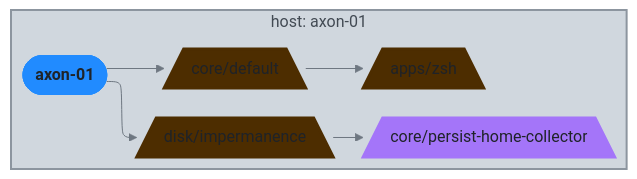
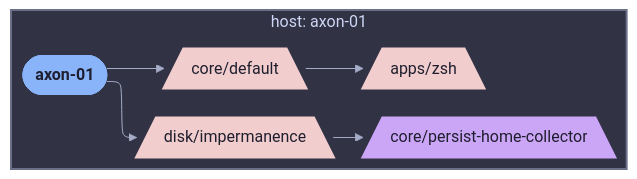
Before and after one commit to sini/nix-config: the diagram in diagrams/hosts/axon-01/class-homeManager.md, drawn with Mermaid. The commit also changed 142 other files, not shown here.

First line of the commit message:
feat(diagrams): use projectScope for per-host/user views

````diff
--- a/diagrams/hosts/axon-01/class-homeManager.md
+++ b/diagrams/hosts/axon-01/class-homeManager.md
@@ -5,28 +5,28 @@
 ```mermaid
-%%{init: {"elk":{"mergeEdges":true,"nodePlacementStrategy":"BRANDES_KOEPF"},"flowchart":{"wrappingWidth":600},"layout":"elk","theme":"base","themeVariables":{"activationBkgColor":"#d0d7de","activationBorderColor":"#8c959f","actorBkg":"#d0d7de","actorBorder":"#6e7781","actorLineColor":"#6e7781","actorTextColor":"#424a53","background":"#eaeef2","classText":"#424a53","clusterBkg":"#d0d7de","clusterBorder":"#8c959f","edgeLabelBackground":"#eaeef2","labelBoxBkgColor":"#d0d7de","labelBoxBorderColor":"#6e7781","labelTextColor":"#424a53","lineColor":"#6e7781","loopTextColor":"#424a53","mainBkg":"#d0d7de","nodeBkg":"#d0d7de","nodeBorder":"#6e7781","nodeTextColor":"#424a53","noteBkgColor":"#d0d7de","noteBorderColor":"#8c959f","noteTextColor":"#424a53","pie1":"#fa4549","pie2":"#e16f24","pie3":"#bf8700","pie4":"#2da44e","pie5":"#339D9B","pie6":"#218bff","pie7":"#a475f9","pie8":"#4d2d00","pieLegendTextColor":"#424a53","pieOuterStrokeColor":"#8c959f","pieSectionTextColor":"#424a53","pieStrokeColor":"#8c959f","pieTitleTextColor":"#424a53","primaryBorderColor":"#6e7781","primaryColor":"#d0d7de","primaryTextColor":"#424a53","secondBkg":"#d0d7de","secondaryBorderColor":"#8c959f","secondaryColor":"#d0d7de","secondaryTextColor":"#424a53","sequenceNumberColor":"#eaeef2","signalColor":"#6e7781","signalTextColor":"#424a53","tertiaryBorderColor":"#8c959f","tertiaryColor":"#d0d7de","tertiaryTextColor":"#424a53","textColor":"#424a53","titleColor":"#424a53"}}}%%
+%%{init: {"elk":{"mergeEdges":true,"nodePlacementStrategy":"BRANDES_KOEPF"},"flowchart":{"wrappingWidth":600},"layout":"elk","theme":"base","themeVariables":{"activationBkgColor":"#313244","activationBorderColor":"#6c7086","actorBkg":"#313244","actorBorder":"#a6adc8","actorLineColor":"#a6adc8","actorTextColor":"#cdd6f4","background":"#1e1e2e","classText":"#cdd6f4","clusterBkg":"#313244","clusterBorder":"#6c7086","edgeLabelBackground":"#1e1e2e","labelBoxBkgColor":"#313244","labelBoxBorderColor":"#a6adc8","labelTextColor":"#cdd6f4","lineColor":"#a6adc8","loopTextColor":"#cdd6f4","mainBkg":"#313244","nodeBkg":"#313244","nodeBorder":"#a6adc8","nodeTextColor":"#cdd6f4","noteBkgColor":"#313244","noteBorderColor":"#6c7086","noteTextColor":"#cdd6f4","pie1":"#f38ba8","pie2":"#fab387","pie3":"#f9e2af","pie4":"#a6e3a1","pie5":"#94e2d5","pie6":"#89b4fa","pie7":"#cba6f7","pie8":"#f2cdcd","pieLegendTextColor":"#cdd6f4","pieOuterStrokeColor":"#6c7086","pieSectionTextColor":"#cdd6f4","pieStrokeColor":"#6c7086","pieTitleTextColor":"#cdd6f4","primaryBorderColor":"#a6adc8","primaryColor":"#313244","primaryTextColor":"#cdd6f4","secondBkg":"#313244","secondaryBorderColor":"#6c7086","secondaryColor":"#313244","secondaryTextColor":"#cdd6f4","sequenceNumberColor":"#1e1e2e","signalColor":"#a6adc8","signalTextColor":"#cdd6f4","tertiaryBorderColor":"#6c7086","tertiaryColor":"#313244","tertiaryTextColor":"#cdd6f4","textColor":"#cdd6f4","titleColor":"#cdd6f4"}}}%%
 graph LR
   axon_01([axon-01]):::root
 
   subgraph ctx_host_axon_01["host: axon-01"]
   core__default[/"core/default"\]:::core__default_c
   disk__impermanence[/"disk/impermanence"\]:::disk__impermanence_c
   core__persist_home_collector[/"core/persist-home-collector"\]:::core__persist_home_collector_c
   apps__zsh[/"apps/zsh"\]:::apps__zsh_c
   axon_01 --> core__default
   axon_01 --> disk__impermanence
   core__default --> apps__zsh
   disk__impermanence --> core__persist_home_collector
   end
 
 
-  classDef root fill:#218bff,stroke:#218bff,color:#1f2328,font-weight:bold
-  classDef apps_c fill:#2da44e,stroke:#2da44e,color:#1f2328,stroke-dasharray: 3 3,stroke-width:1px
-  classDef axon_01_c fill:#a475f9,stroke:#a475f9,color:#1f2328,stroke-width:3px
-  classDef core_c fill:#bf8700,stroke:#bf8700,color:#1f2328,stroke-dasharray: 3 3,stroke-width:1px
-  classDef core__default_c fill:#4d2d00,stroke:#4d2d00,color:#1f2328,stroke-width:3px
-  classDef disk_c fill:#2da44e,stroke:#2da44e,color:#1f2328,stroke-dasharray: 3 3,stroke-width:1px
-  classDef disk__impermanence_c fill:#4d2d00,stroke:#4d2d00,color:#1f2328,stroke-width:3px
-  classDef core__persist_home_collector_c fill:#a475f9,stroke:#a475f9,color:#1f2328,stroke-width:3px
-  classDef apps__zsh_c fill:#4d2d00,stroke:#4d2d00,color:#1f2328,stroke-width:3px
-style ctx_host_axon_01 fill:#d0d7de,stroke:#8c959f,stroke-width:2px
+  classDef root fill:#89b4fa,stroke:#89b4fa,color:#1e1e2e,font-weight:bold
+  classDef apps_c fill:#a6e3a1,stroke:#a6e3a1,color:#1e1e2e,stroke-dasharray: 3 3,stroke-width:1px
+  classDef axon_01_c fill:#cba6f7,stroke:#cba6f7,color:#1e1e2e,stroke-width:3px
+  classDef core_c fill:#f9e2af,stroke:#f9e2af,color:#1e1e2e,stroke-dasharray: 3 3,stroke-width:1px
+  classDef core__default_c fill:#f2cdcd,stroke:#f2cdcd,color:#1e1e2e,stroke-width:3px
+  classDef disk_c fill:#a6e3a1,stroke:#a6e3a1,color:#1e1e2e,stroke-dasharray: 3 3,stroke-width:1px
+  classDef disk__impermanence_c fill:#f2cdcd,stroke:#f2cdcd,color:#1e1e2e,stroke-width:3px
+  classDef core__persist_home_collector_c fill:#cba6f7,stroke:#cba6f7,color:#1e1e2e,stroke-width:3px
+  classDef apps__zsh_c fill:#f2cdcd,stroke:#f2cdcd,color:#1e1e2e,stroke-width:3px
+style ctx_host_axon_01 fill:#313244,stroke:#6c7086,stroke-width:2px
 ```
````
